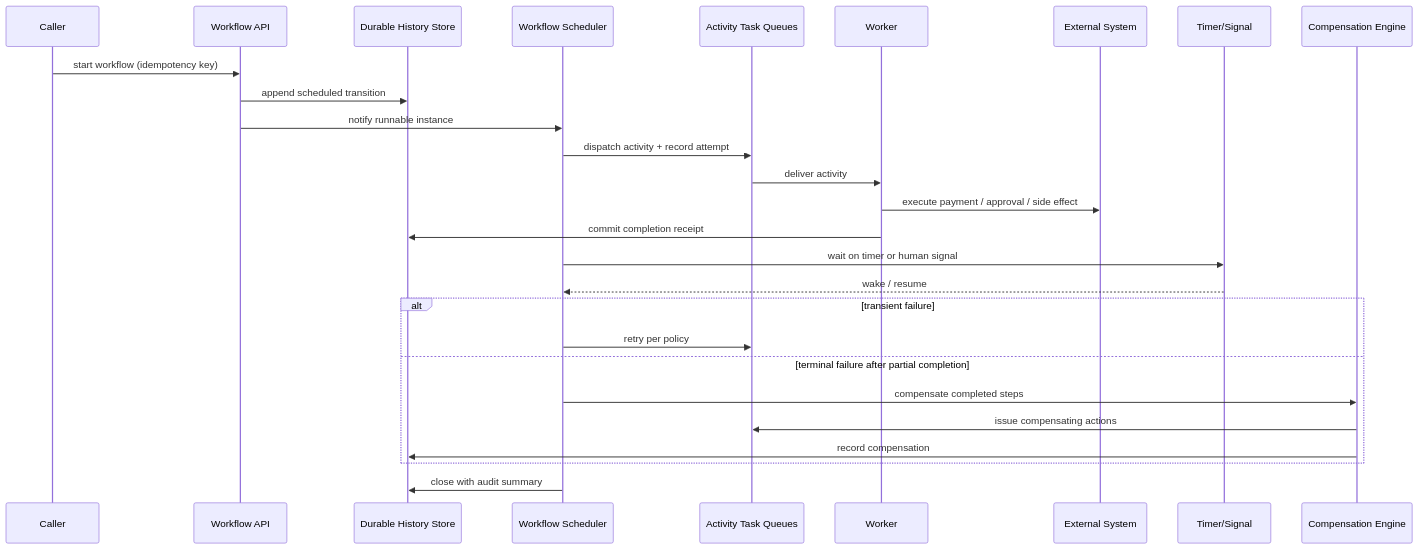
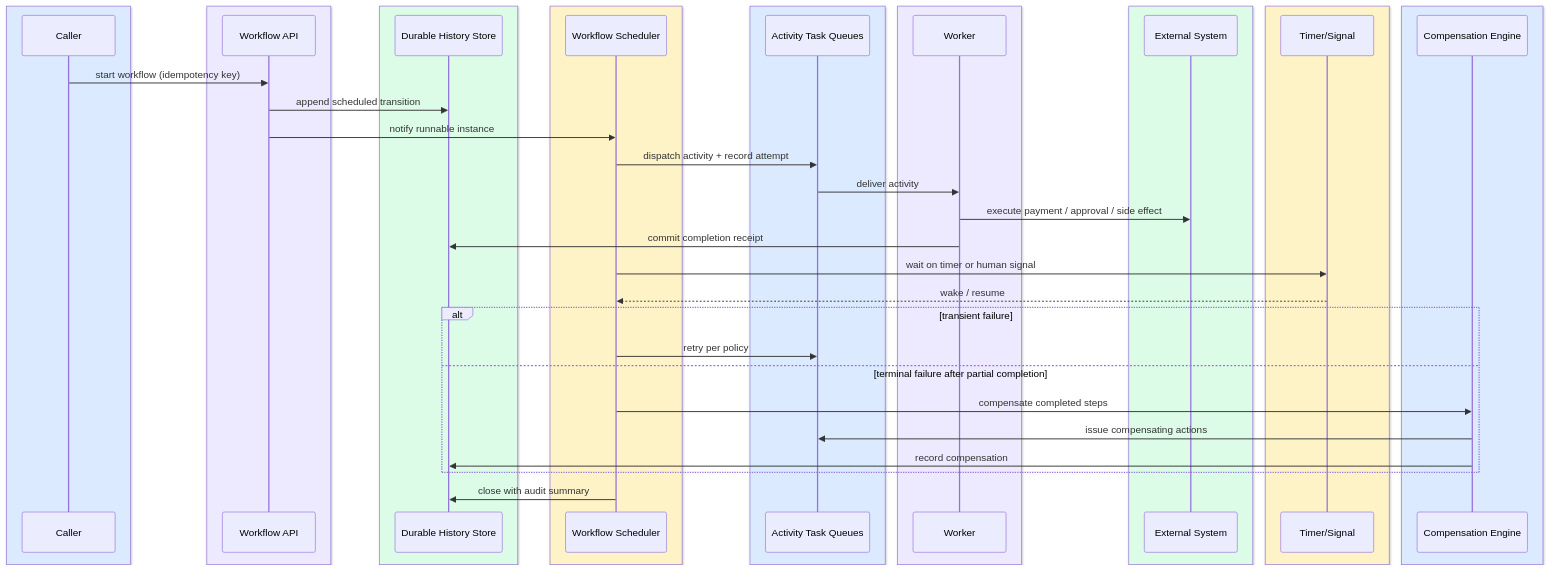
The second of 3 diagrams in site/content/modules/15-fde-case-studies/standalone-designs/reliable-workflow-orchestration/tutorial-v2-part-4.md (Sourav692/Forward-Deployed-Engineer-Interview-Prep), drawn with Mermaid before and after one commit. The commit also changed other lines of this file and 1268 other files, not shown here.

Commit message:
content: polish casebook prose and colour Mermaid diagrams

````diff
--- a/site/content/modules/15-fde-case-studies/standalone-designs/reliable-workflow-orchestration/tutorial-v2-part-4.md
+++ b/site/content/modules/15-fde-case-studies/standalone-designs/reliable-workflow-orchestration/tutorial-v2-part-4.md
@@ -108,30 +118,48 @@
 ```mermaid
 sequenceDiagram
-  participant Caller
-  participant API as Workflow API
-  participant Hist as Durable History Store
-  participant Sched as Workflow Scheduler
-  participant Q as Activity Task Queues
-  participant Worker
-  participant Ext as External System
-  participant Timer as Timer/Signal
-  participant Comp as Compensation Engine
+  box rgb(219,234,254)
+      participant Caller
+  end
+  box rgb(237,233,254)
+      participant API as Workflow API
+  end
+  box rgb(220,252,231)
+      participant Hist as Durable History Store
+  end
+  box rgb(254,243,199)
+      participant Sched as Workflow Scheduler
+  end
+  box rgb(219,234,254)
+      participant Q as Activity Task Queues
+  end
+  box rgb(237,233,254)
+      participant Worker
+  end
+  box rgb(220,252,231)
+      participant Ext as External System
+  end
+  box rgb(254,243,199)
+      participant Timer as Timer/Signal
+  end
+  box rgb(219,234,254)
+      participant Comp as Compensation Engine
+  end
 
   Caller->>API: start workflow (idempotency key)
   API->>Hist: append scheduled transition
   API->>Sched: notify runnable instance
   Sched->>Q: dispatch activity + record attempt
   Q->>Worker: deliver activity
   Worker->>Ext: execute payment / approval / side effect
   Worker->>Hist: commit completion receipt
   Sched->>Timer: wait on timer or human signal
   Timer-->>Sched: wake / resume
   alt transient failure
     Sched->>Q: retry per policy
   else terminal failure after partial completion
     Sched->>Comp: compensate completed steps
     Comp->>Q: issue compensating actions
     Comp->>Hist: record compensation
   end
   Sched->>Hist: close with audit summary
 ```
````
